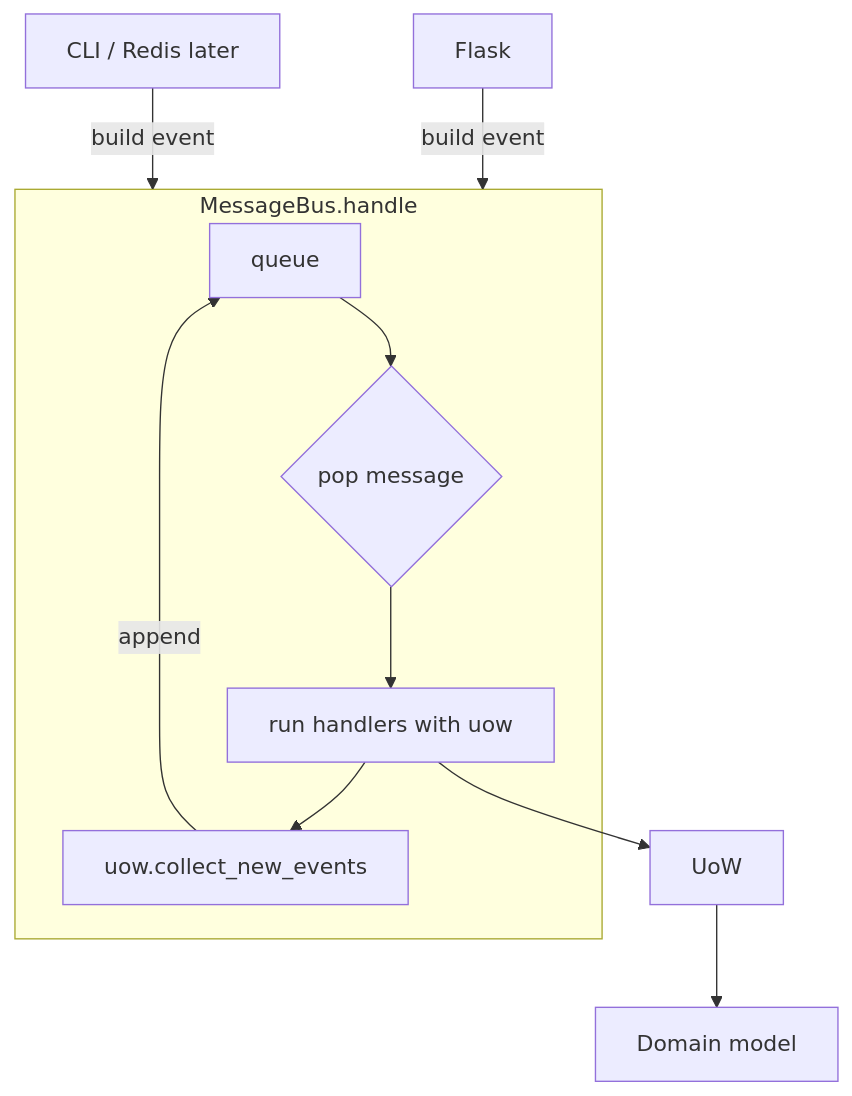
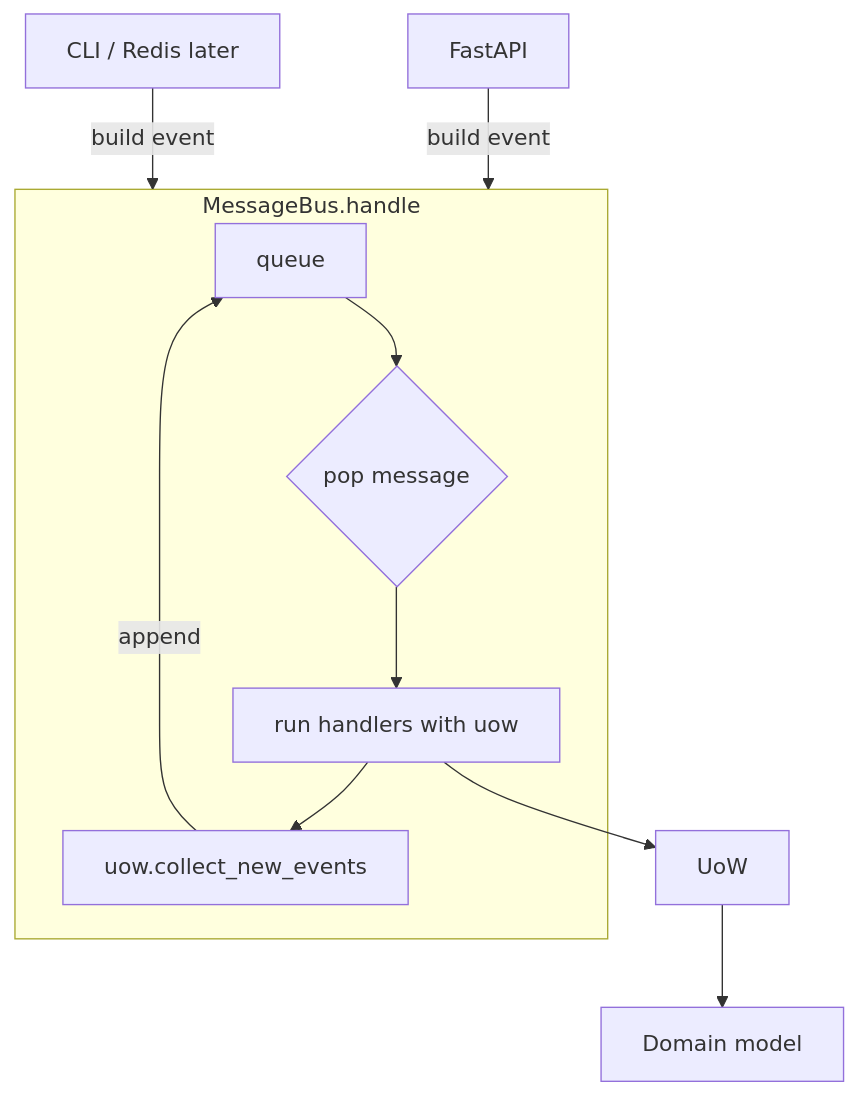
Before and after one commit to Thommans-Playground/playground-cosmic-python: the first of 2 diagrams in study-guide/ch09-message-bus-everything.md, drawn with Mermaid. The commit also changed other lines of this file and 17 other files, not shown here.

First line of the commit message:
Refactor allocation service to use FastAPI and implement dependency injection

````diff
--- a/study-guide/ch09-message-bus-everything.md
+++ b/study-guide/ch09-message-bus-everything.md
@@ -16,12 +16,12 @@
 ```mermaid
 flowchart TB
-    Flask[Flask] -->|build event| Bus
+    FastAPI[FastAPI] -->|build event| Bus
     CLI[CLI / Redis later] -->|build event| Bus
     subgraph Bus["MessageBus.handle"]
         Q[queue] --> Pop{pop message}
         Pop --> Hs[run handlers with uow]
         Hs --> Collect[uow.collect_new_events]
         Collect -->|append| Q
     end
     Hs --> UoW[UoW] --> Model[Domain model]
 ```
````
